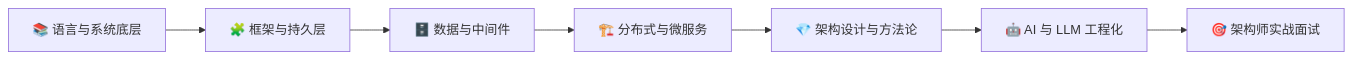
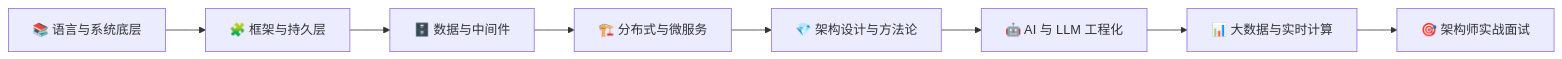
The diagram in README.md (cosolar/java-deep-dive), drawn with Mermaid before and after one commit. The commit also changed other lines of this file and 60 other files, not shown here.

````diff
--- a/README.md
+++ b/README.md
@@ -100,9 +100,10 @@
 ```mermaid
 flowchart LR
     A["📚 语言与系统底层"] --> B["🧩 框架与持久层"]
     B --> C["🗄️ 数据与中间件"]
     C --> D["🏗️ 分布式与微服务"]
     D --> E["💎 架构设计与方法论"]
     E --> F["🤖 AI 与 LLM 工程化"]
-    F --> G["🎯 架构师实战面试"]
+    F --> G["📊 大数据与实时计算"]
+    G --> H["🎯 架构师实战面试"]
 ```
````
